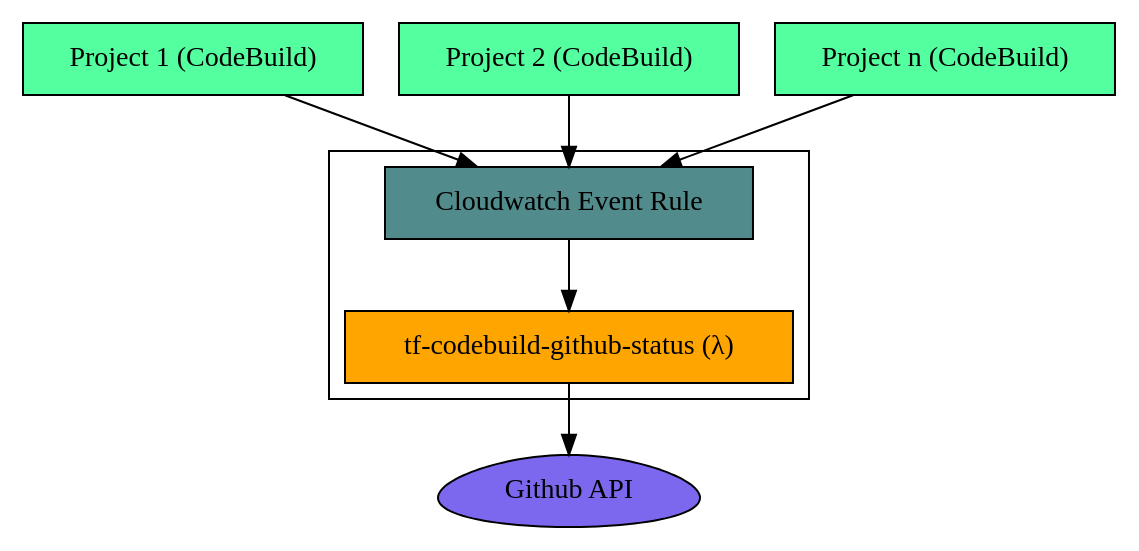
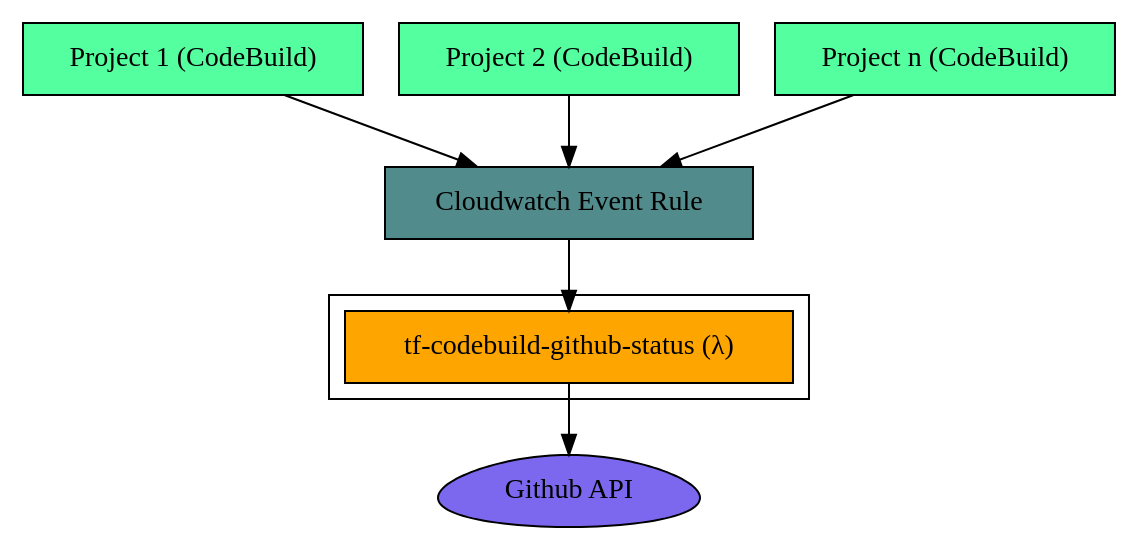
The diagram in architecture.dot (Mindflash/tf-codebuild-github-status-test-lambda), drawn with Graphviz before and after one commit. The commit also changed 1 other file, not shown here.

```diff
--- a/architecture.dot
+++ b/architecture.dot
@@ -1,17 +1,16 @@
 digraph architecture {
   github [label="Github API" shape="egg" fillcolor="mediumslateblue" style="filled"];
   cb1 [label="Project 1 (CodeBuild)" shape="rect" fillcolor="seagreen1" style="filled"];
   cb2 [label="Project 2 (CodeBuild)" shape="rect" fillcolor="seagreen1" style="filled"];
   cb3 [label="Project n (CodeBuild)" shape="rect" fillcolor="seagreen1" style="filled"];
+  cloudwatch [label="Cloudwatch Event Rule" shape="rect" fillcolor="darkslategray4" style="filled"];
 
   subgraph cluster_gw {
     color="black";
-    cloudwatch [label="Cloudwatch Event Rule" shape="rect" fillcolor="darkslategray4" style="filled"];
     fn [label="tf-codebuild-github-status (λ)" shape="rect" fillcolor="orange" style="filled"];
-
-    cloudwatch -> fn;
   }
 
   cb1,cb2,cb3 -> cloudwatch
+  cloudwatch -> fn;
   fn -> github
 }
```
